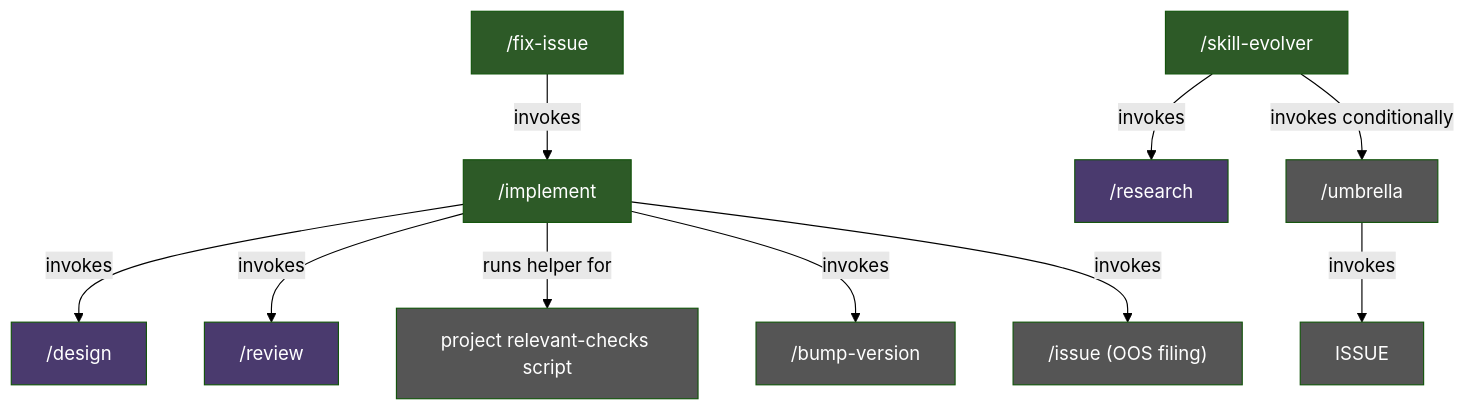
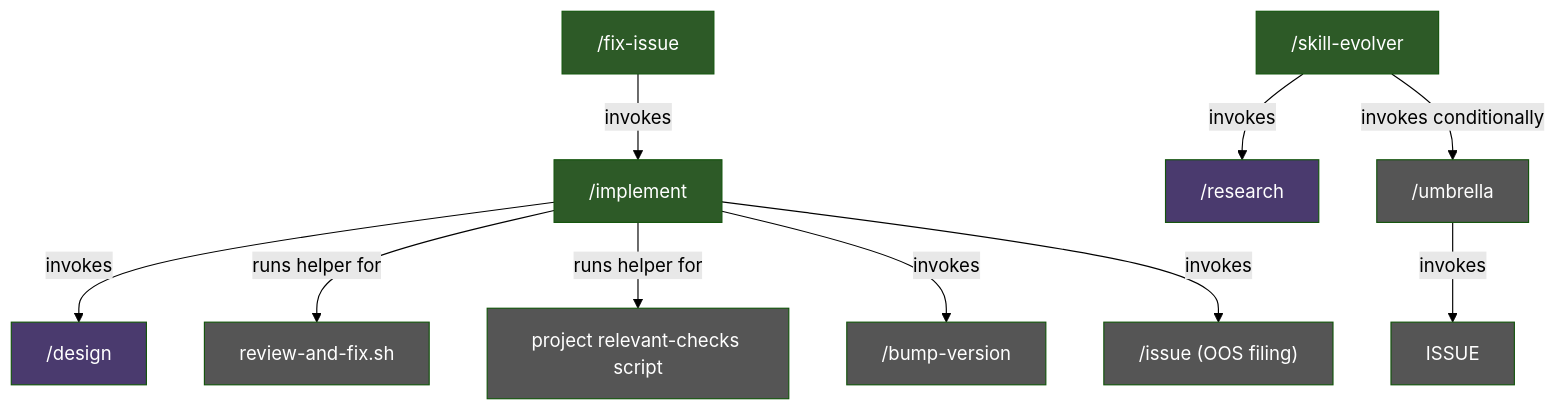
One commit to character-ai/larch changed the first of 3 diagrams in docs/workflow-lifecycle.md. Above: the diagram before and after it, drawn with Mermaid (forest theme). The commit also changed other lines of this file and 35 other files, not shown here.

First line of the commit message:
Wire implement review through review-and-fix

````diff
--- a/docs/workflow-lifecycle.md
+++ b/docs/workflow-lifecycle.md
@@ -9,24 +9,24 @@
 ```mermaid
 graph TD
     IMPLEMENT["/implement"] -->|invokes| DESIGN["/design"]
-    IMPLEMENT -->|invokes| REVIEW["/review"]
+    IMPLEMENT -->|runs helper for| REVIEW_FIX["review-and-fix.sh"]
     IMPLEMENT -->|runs helper for| CHECKS["project relevant-checks script"]
     IMPLEMENT -->|invokes| BUMP["/bump-version"]
     IMPLEMENT -->|invokes| ISSUE_OOS["/issue (OOS filing)"]
     FIX["/fix-issue"] -->|invokes| IMPLEMENT
     EVOLVER["/skill-evolver"] -->|invokes| RESEARCH["/research"]
     EVOLVER -->|invokes conditionally| UMBRELLA["/umbrella"]
     UMBRELLA -->|invokes| ISSUE
 
     style IMPLEMENT fill:#2d5a27,color:#fff
     style FIX fill:#2d5a27,color:#fff
     style EVOLVER fill:#2d5a27,color:#fff
     style DESIGN fill:#4a3a6e,color:#fff
-    style REVIEW fill:#4a3a6e,color:#fff
+    style REVIEW_FIX fill:#555,color:#fff
     style RESEARCH fill:#4a3a6e,color:#fff
     style UMBRELLA fill:#555,color:#fff
     style CHECKS fill:#555,color:#fff
     style BUMP fill:#555,color:#fff
     style ISSUE fill:#555,color:#fff
     style ISSUE_OOS fill:#555,color:#fff
 ```
````
